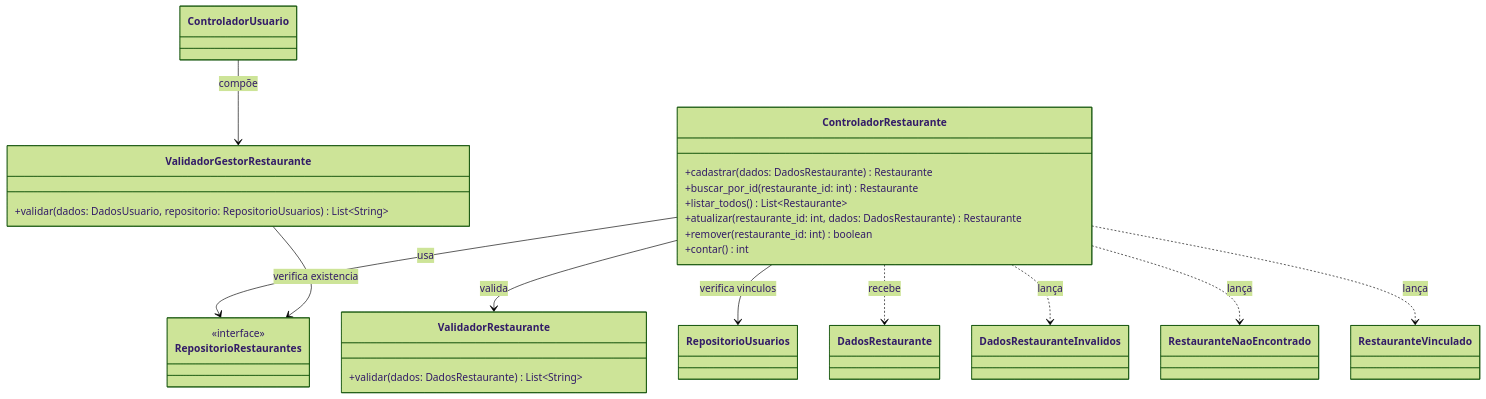
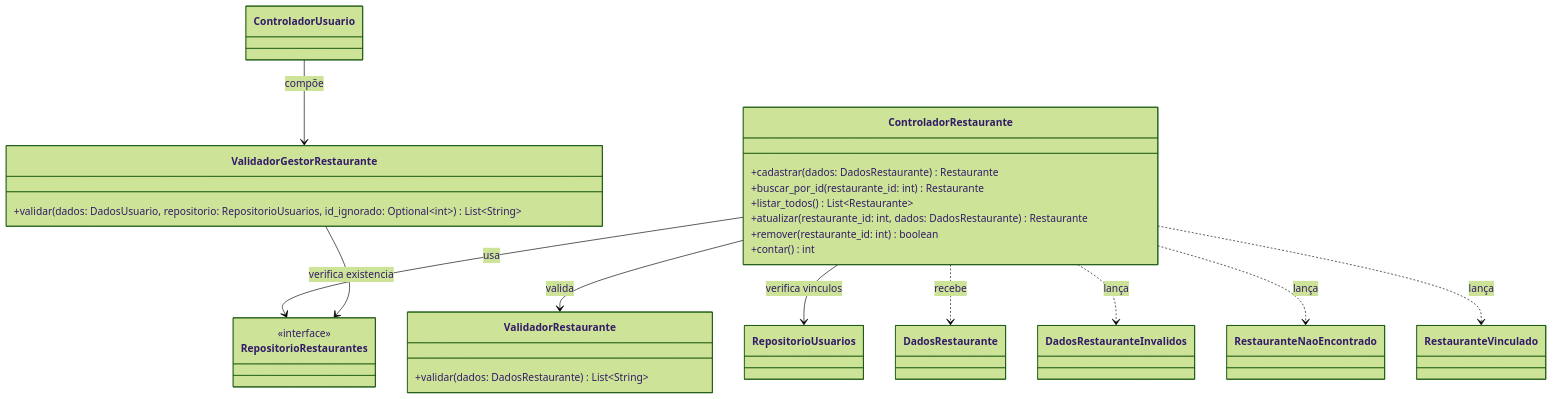
Before and after one commit to henriquesantos007/Sistema-de-Agendamento-de-Almoco: the third of 7 diagrams in docs/08-projeto.md, drawn with Mermaid (forest theme). The commit also changed other lines of this file and 3 other files, not shown here.

Commit message:
docs(arquitetura): alinhar diagramas ao CRUD de usuários

````diff
--- a/docs/08-projeto.md
+++ b/docs/08-projeto.md
@@ -320,39 +349,39 @@
 ```mermaid
 classDiagram
     class ControladorRestaurante {
         +cadastrar(dados: DadosRestaurante) Restaurante
         +buscar_por_id(restaurante_id: int) Restaurante
         +listar_todos() List~Restaurante~
         +atualizar(restaurante_id: int, dados: DadosRestaurante) Restaurante
         +remover(restaurante_id: int) boolean
         +contar() int
     }
 
     class ValidadorRestaurante {
         +validar(dados: DadosRestaurante) List~String~
     }
 
     class ValidadorGestorRestaurante {
-        +validar(dados: DadosUsuario, repositorio: RepositorioUsuarios) List~String~
+        +validar(dados: DadosUsuario, repositorio: RepositorioUsuarios, id_ignorado: Optional~int~) List~String~
     }
 
     class ControladorUsuario
 
     class RepositorioRestaurantes {
         <<interface>>
     }
 
     class DadosRestauranteInvalidos
     class RestauranteNaoEncontrado
     class RestauranteVinculado
 
     ControladorRestaurante --> ValidadorRestaurante : valida
     ControladorRestaurante --> RepositorioRestaurantes : usa
     ControladorRestaurante --> RepositorioUsuarios : verifica vinculos
     ControladorRestaurante ..> DadosRestaurante : recebe
     ControladorRestaurante ..> DadosRestauranteInvalidos : lança
     ControladorRestaurante ..> RestauranteNaoEncontrado : lança
     ControladorRestaurante ..> RestauranteVinculado : lança
     ControladorUsuario --> ValidadorGestorRestaurante : compõe
     ValidadorGestorRestaurante --> RepositorioRestaurantes : verifica existencia
 ```
````
